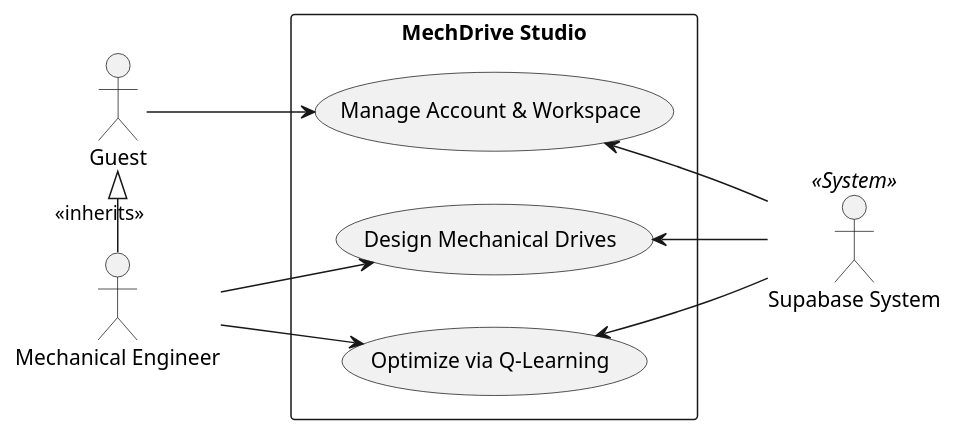
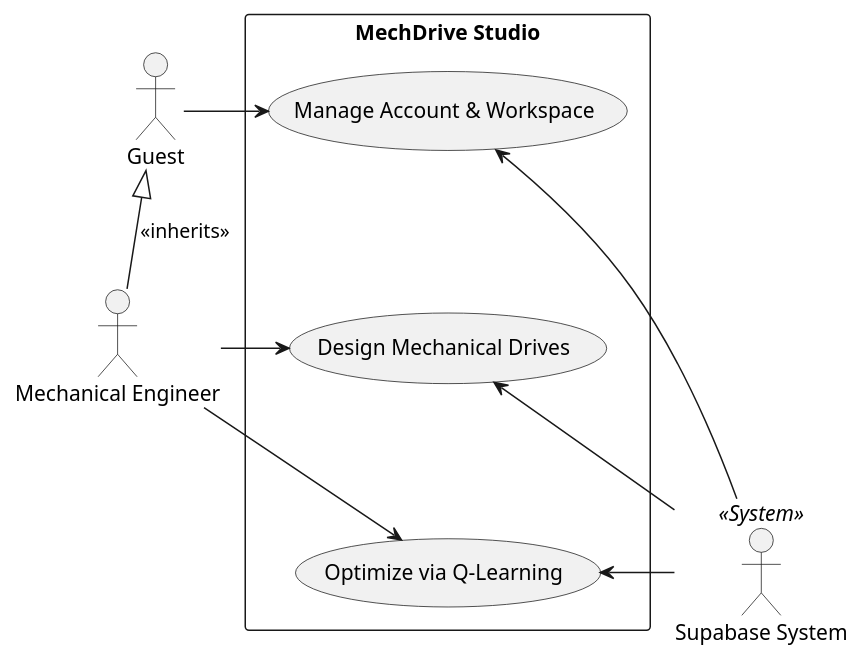
One commit to dvydinh/mechdrive changed the diagram in docs/uml/uc_high_level.puml. Above: the diagram before and after it, drawn with PlantUML. The commit also changed 5 other files, not shown here.

```diff
--- a/docs/uml/uc_high_level.puml
+++ b/docs/uml/uc_high_level.puml
@@ -1,25 +1,27 @@
 @startuml
-left to right direction
 skinparam packageStyle rectangle
 
 actor "Guest" as guest
 actor "Mechanical Engineer" as eng
 actor "Supabase System" as supa << System >>
 
 package "MechDrive Studio" {
   usecase "Manage Account & Workspace" as UC1
   usecase "Design Mechanical Drives" as UC2
   usecase "Optimize via Q-Learning" as UC3
 }
 
+UC1 -[hidden]down-> UC2
+UC2 -[hidden]down-> UC3
+
 guest <|- eng : <<inherits>>
 
-guest --> UC1
-eng --> UC2
-eng --> UC3
+guest -right-> UC1
+eng -right-> UC2
+eng -right-> UC3
 
-UC1 <-- supa
-UC2 <-- supa
-UC3 <-- supa
+UC1 <-right- supa
+UC2 <-right- supa
+UC3 <-right- supa
 
 @enduml
```
